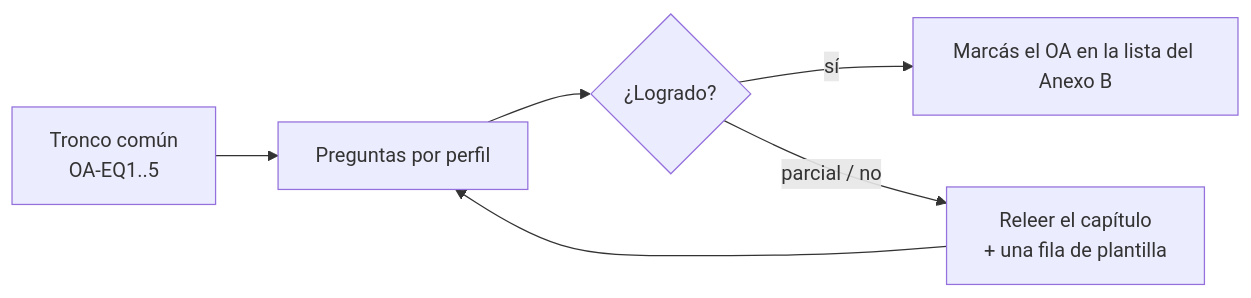
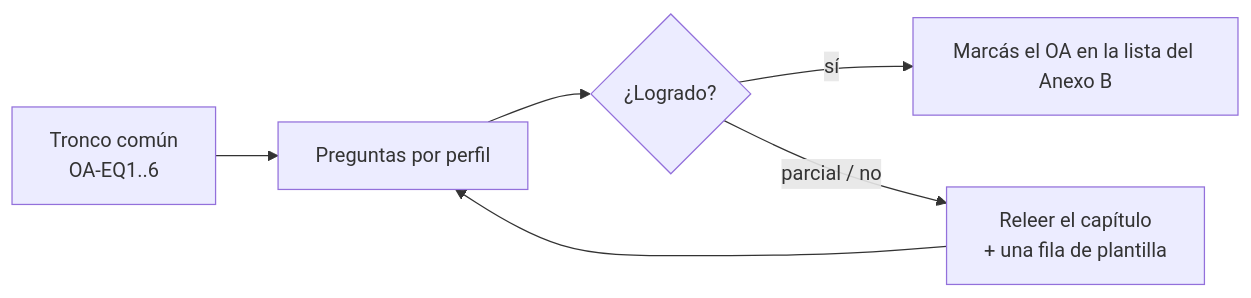
Before and after one commit to hdcm-dev/Lab-Documentos: diagram 25 of 27 in Guides/IA/Dot-Net-Integration-AI-Layer-Guide/Conversational-Design-Framework-Guide.md, drawn with Mermaid. The commit also changed other lines of this file and 6 other files, not shown here.

````diff
--- a/Guides/IA/Dot-Net-Integration-AI-Layer-Guide/Conversational-Design-Framework-Guide.md
+++ b/Guides/IA/Dot-Net-Integration-AI-Layer-Guide/Conversational-Design-Framework-Guide.md
@@ -3567,8 +3627,8 @@
 ```mermaid
 flowchart LR
-  T["Tronco común<br/>OA-EQ1..5"] --> R["Preguntas por perfil"]
+  T["Tronco común<br/>OA-EQ1..6"] --> R["Preguntas por perfil"]
   R --> M{"¿Logrado?"}
   M -- "sí" --> F["Marcás el OA en la lista del Anexo B"]
   M -- "parcial / no" --> L["Releer el capítulo<br/>+ una fila de plantilla"]
   L --> R
 ```
````
